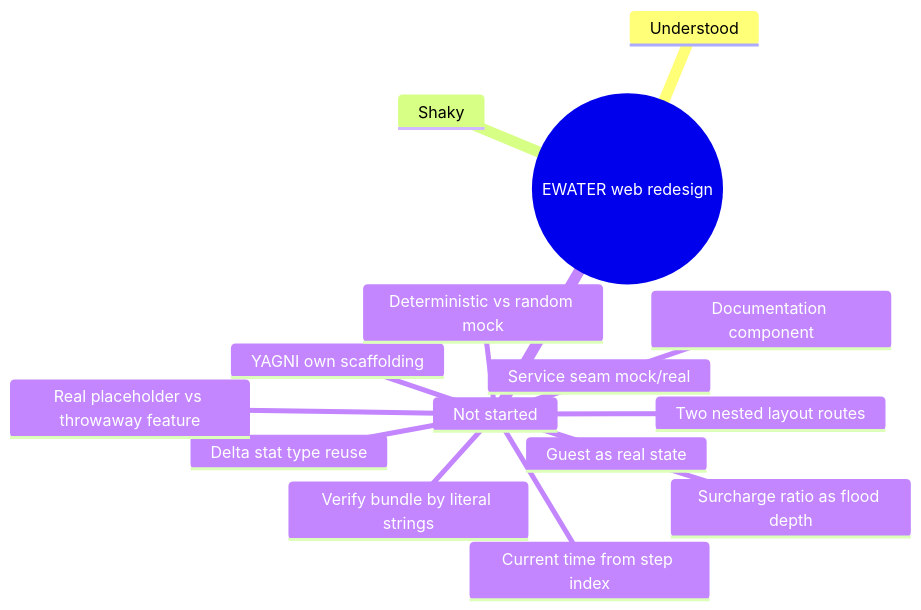
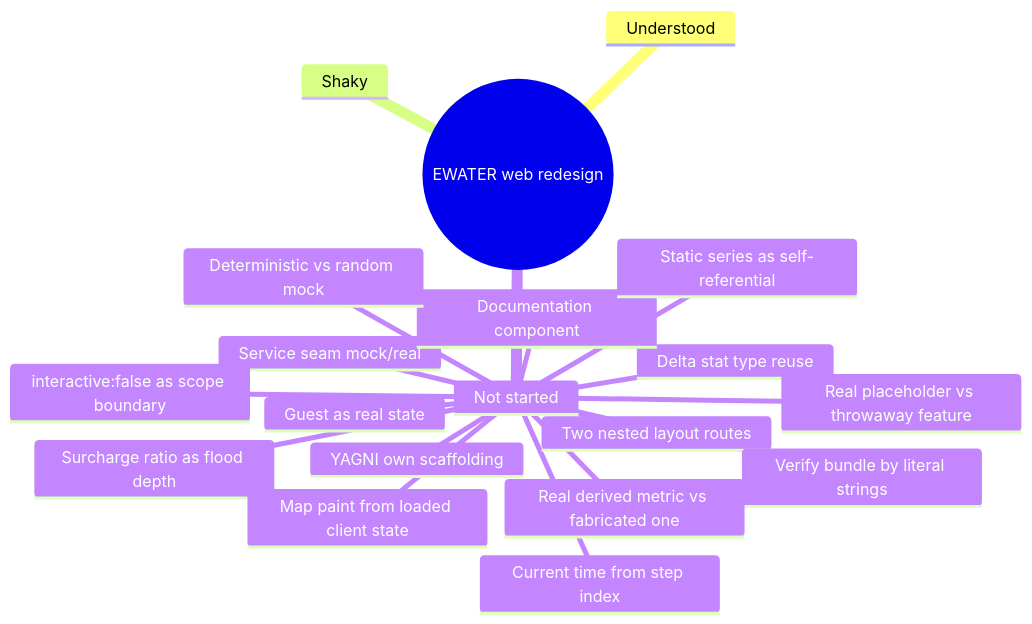
Before and after one commit to Phonghigh/EWATER: the diagram in docs/LEARNING_LOG.md, drawn with Mermaid. The commit also changed other lines of this file and 21 other files, not shown here.

````diff
--- a/docs/LEARNING_LOG.md
+++ b/docs/LEARNING_LOG.md
@@ -30,18 +34,22 @@
 ```mermaid
 mindmap
   root((EWATER web redesign))
     Understood
     Shaky
     Not started
       Delta stat type reuse
       Service seam mock/real
       Guest as real state
       Documentation component
       Two nested layout routes
       YAGNI own scaffolding
       Verify bundle by literal strings
       Surcharge ratio as flood depth
       Deterministic vs random mock
       Current time from step index
       Real placeholder vs throwaway feature
+      interactive:false as scope boundary
+      Map paint from loaded client state
+      Static series as self-referential
+      Real derived metric vs fabricated one
 ```
````
